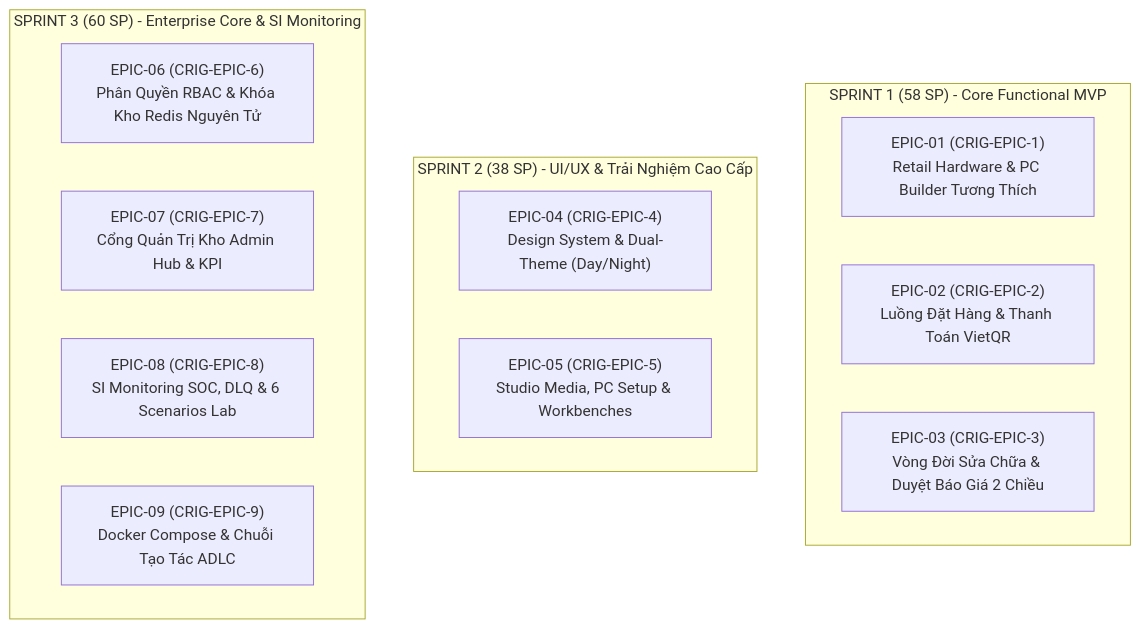
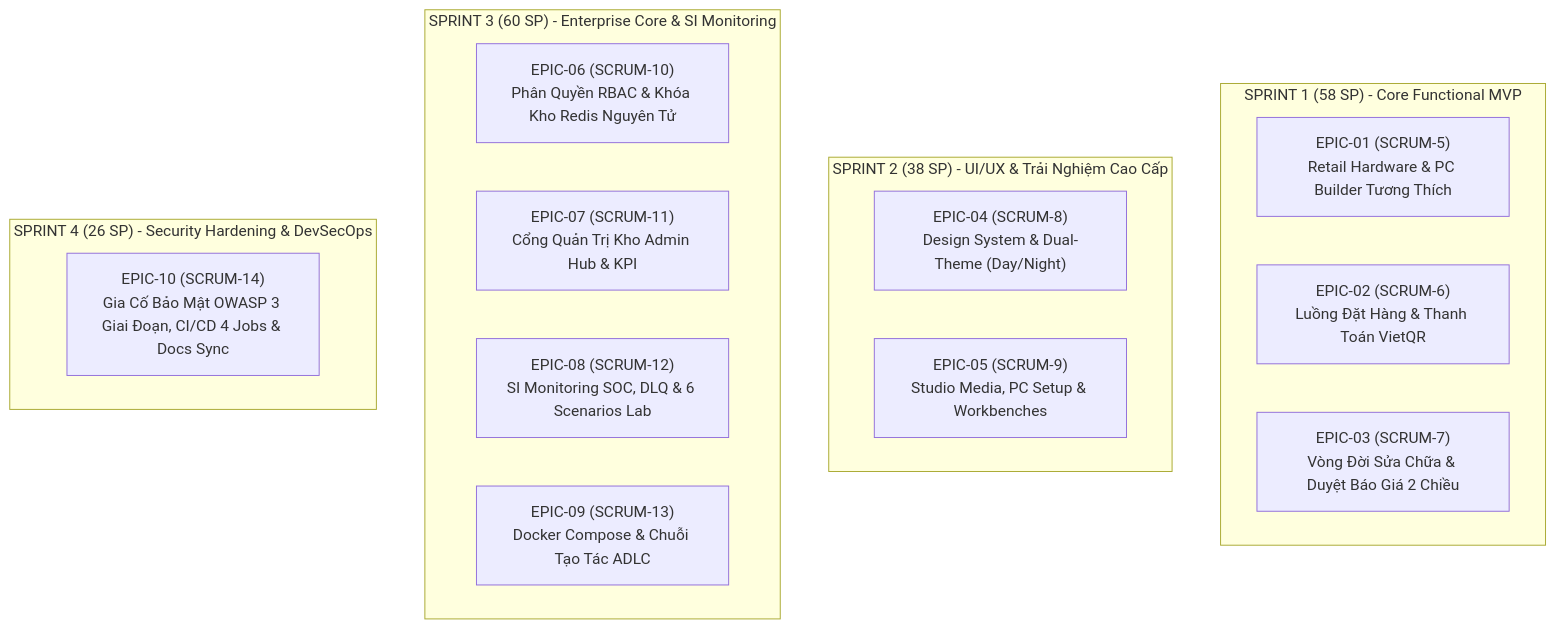
One commit to itsminloc/Cyberig changed the second of 3 diagrams in docs/scrum/JIRA-SPRINT-REPORT.md. Above: the diagram before and after it, drawn with Mermaid. The commit also changed other lines of this file and 10 other files, not shown here.

Commit message:
docs(scrum): sync Jira SCRUM (91 issues, 182 SP) and docx report

````diff
--- a/docs/scrum/JIRA-SPRINT-REPORT.md
+++ b/docs/scrum/JIRA-SPRINT-REPORT.md
@@ -139,18 +145,21 @@
 ```mermaid
 flowchart TD
     subgraph SPRINT1["SPRINT 1 (58 SP) - Core Functional MVP"]
-        E1["EPIC-01 (CRIG-EPIC-1)<br/>Retail Hardware & PC Builder Tương Thích"]
-        E2["EPIC-02 (CRIG-EPIC-2)<br/>Luồng Đặt Hàng & Thanh Toán VietQR"]
-        E3["EPIC-03 (CRIG-EPIC-3)<br/>Vòng Đời Sửa Chữa & Duyệt Báo Giá 2 Chiều"]
+        E1["EPIC-01 (SCRUM-5)<br/>Retail Hardware & PC Builder Tương Thích"]
+        E2["EPIC-02 (SCRUM-6)<br/>Luồng Đặt Hàng & Thanh Toán VietQR"]
+        E3["EPIC-03 (SCRUM-7)<br/>Vòng Đời Sửa Chữa & Duyệt Báo Giá 2 Chiều"]
     end
     subgraph SPRINT2["SPRINT 2 (38 SP) - UI/UX & Trải Nghiệm Cao Cấp"]
-        E4["EPIC-04 (CRIG-EPIC-4)<br/>Design System & Dual-Theme (Day/Night)"]
-        E5["EPIC-05 (CRIG-EPIC-5)<br/>Studio Media, PC Setup & Workbenches"]
+        E4["EPIC-04 (SCRUM-8)<br/>Design System & Dual-Theme (Day/Night)"]
+        E5["EPIC-05 (SCRUM-9)<br/>Studio Media, PC Setup & Workbenches"]
     end
     subgraph SPRINT3["SPRINT 3 (60 SP) - Enterprise Core & SI Monitoring"]
-        E6["EPIC-06 (CRIG-EPIC-6)<br/>Phân Quyền RBAC & Khóa Kho Redis Nguyên Tử"]
-        E7["EPIC-07 (CRIG-EPIC-7)<br/>Cổng Quản Trị Kho Admin Hub & KPI"]
-        E8["EPIC-08 (CRIG-EPIC-8)<br/>SI Monitoring SOC, DLQ & 6 Scenarios Lab"]
-        E9["EPIC-09 (CRIG-EPIC-9)<br/>Docker Compose & Chuỗi Tạo Tác ADLC"]
+        E6["EPIC-06 (SCRUM-10)<br/>Phân Quyền RBAC & Khóa Kho Redis Nguyên Tử"]
+        E7["EPIC-07 (SCRUM-11)<br/>Cổng Quản Trị Kho Admin Hub & KPI"]
+        E8["EPIC-08 (SCRUM-12)<br/>SI Monitoring SOC, DLQ & 6 Scenarios Lab"]
+        E9["EPIC-09 (SCRUM-13)<br/>Docker Compose & Chuỗi Tạo Tác ADLC"]
+    end
+    subgraph SPRINT4["SPRINT 4 (26 SP) - Security Hardening & DevSecOps"]
+        E10["EPIC-10 (SCRUM-14)<br/>Gia Cố Bảo Mật OWASP 3 Giai Đoạn, CI/CD 4 Jobs & Docs Sync"]
     end
 ```
````
